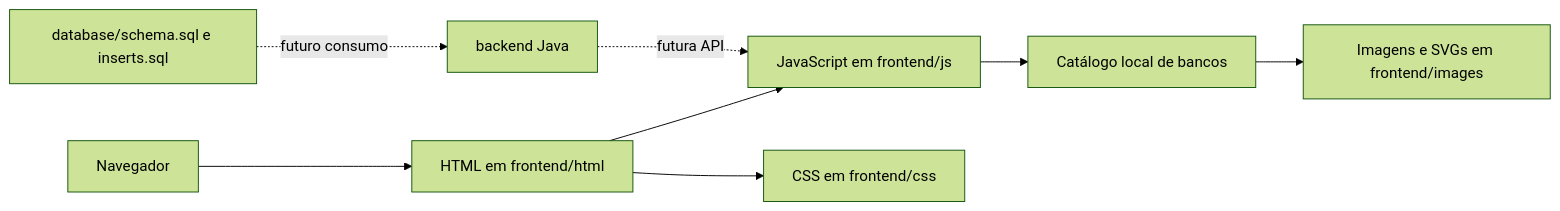
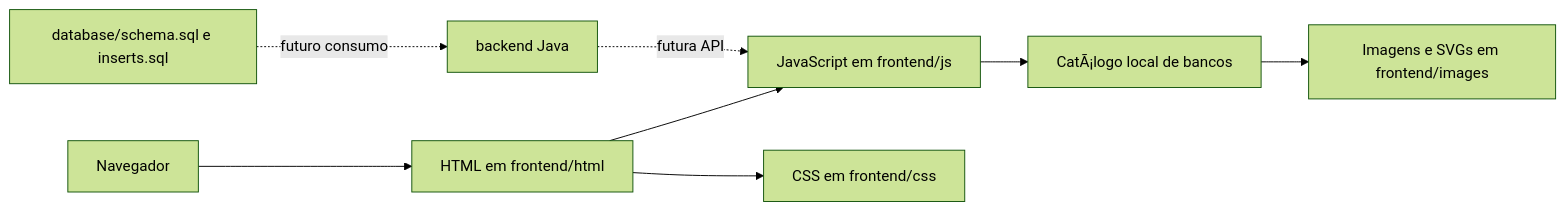
One commit to kauaxp77/Aprova-o-passo-a-passo changed the diagram in README.md. Above: the diagram before and after it, drawn with Mermaid (forest theme). The commit also changed other lines of this file and 18 other files, not shown here.

````diff
--- a/README.md
+++ b/README.md
@@ -23,10 +23,10 @@
 ```mermaid
 flowchart LR
 	Browser[Navegador] --> Pages[HTML em frontend/html]
 	Pages --> Scripts[JavaScript em frontend/js]
 	Pages --> Styles[CSS em frontend/css]
-	Scripts --> Catalog[Catálogo local de bancos]
+	Scripts --> Catalog[CatÃ¡logo local de bancos]
 	Catalog --> Images[Imagens e SVGs em frontend/images]
 	Database[database/schema.sql e inserts.sql] -. futuro consumo .-> Backend[backend Java]
 	Backend -. futura API .-> Scripts
 ```
````
